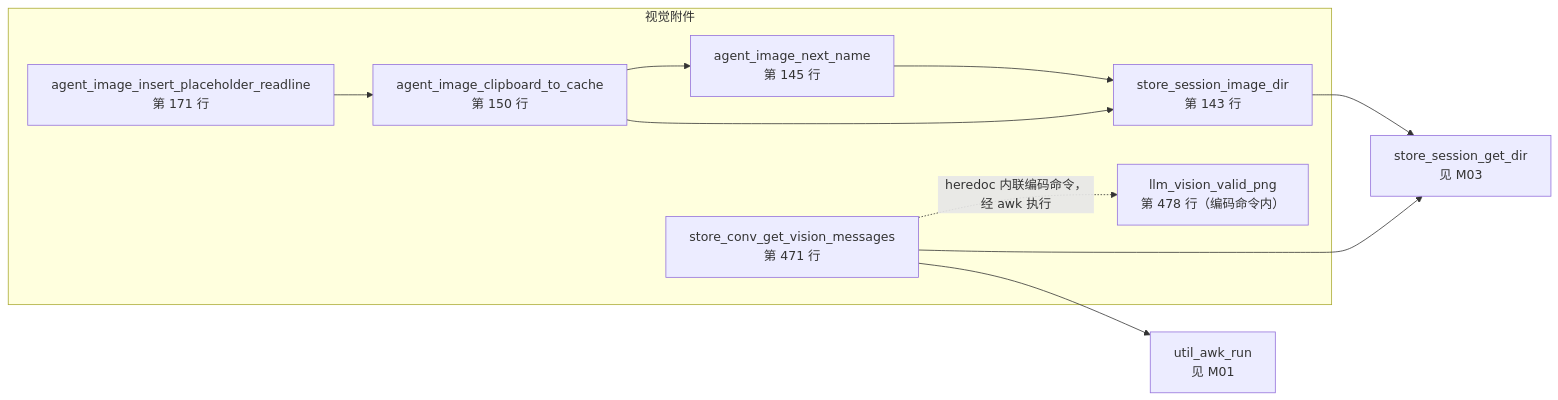
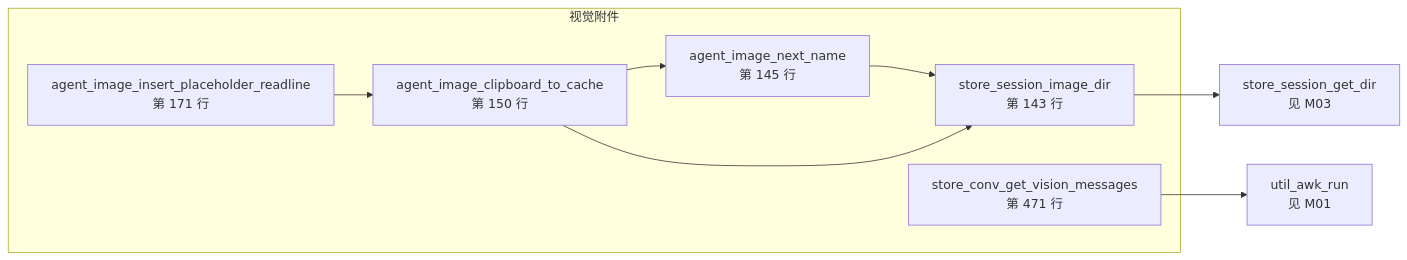
One commit to lloydzhou/bash-agent changed the seventh of 15 diagrams in docs/bash-data-flow.md. Above: the diagram before and after it, drawn with Mermaid. The commit also changed other lines of this file and 3 other files, not shown here.

First line of the commit message:
vision: 校验简化为后缀判定，编码命令内联进 awk

````diff
--- a/docs/bash-data-flow.md
+++ b/docs/bash-data-flow.md
@@ -257,21 +257,18 @@
 ```mermaid
 flowchart LR
   subgraph mod_5["视觉附件"]
     f_store_session_image_dir["store_session_image_dir<br/>第 143 行"]
     f_agent_image_next_name["agent_image_next_name<br/>第 145 行"]
     f_agent_image_clipboard_to_cache["agent_image_clipboard_to_cache<br/>第 150 行"]
     f_agent_image_insert_placeholder_readline["agent_image_insert_placeholder_readline<br/>第 171 行"]
     f_store_conv_get_vision_messages["store_conv_get_vision_messages<br/>第 471 行"]
-    f_llm_vision_valid_png["llm_vision_valid_png<br/>第 478 行（编码命令内）"]
   end
   f_store_session_get_dir["store_session_get_dir<br/>见 M03"]
   f_util_awk_run["util_awk_run<br/>见 M01"]
   f_store_session_image_dir --> f_store_session_get_dir
   f_agent_image_next_name --> f_store_session_image_dir
   f_agent_image_clipboard_to_cache --> f_agent_image_next_name
   f_agent_image_clipboard_to_cache --> f_store_session_image_dir
   f_agent_image_insert_placeholder_readline --> f_agent_image_clipboard_to_cache
-  f_store_conv_get_vision_messages --> f_store_session_get_dir
   f_store_conv_get_vision_messages --> f_util_awk_run
-  f_store_conv_get_vision_messages -.->|heredoc 内联编码命令，经 awk 执行| f_llm_vision_valid_png
 ```
````
